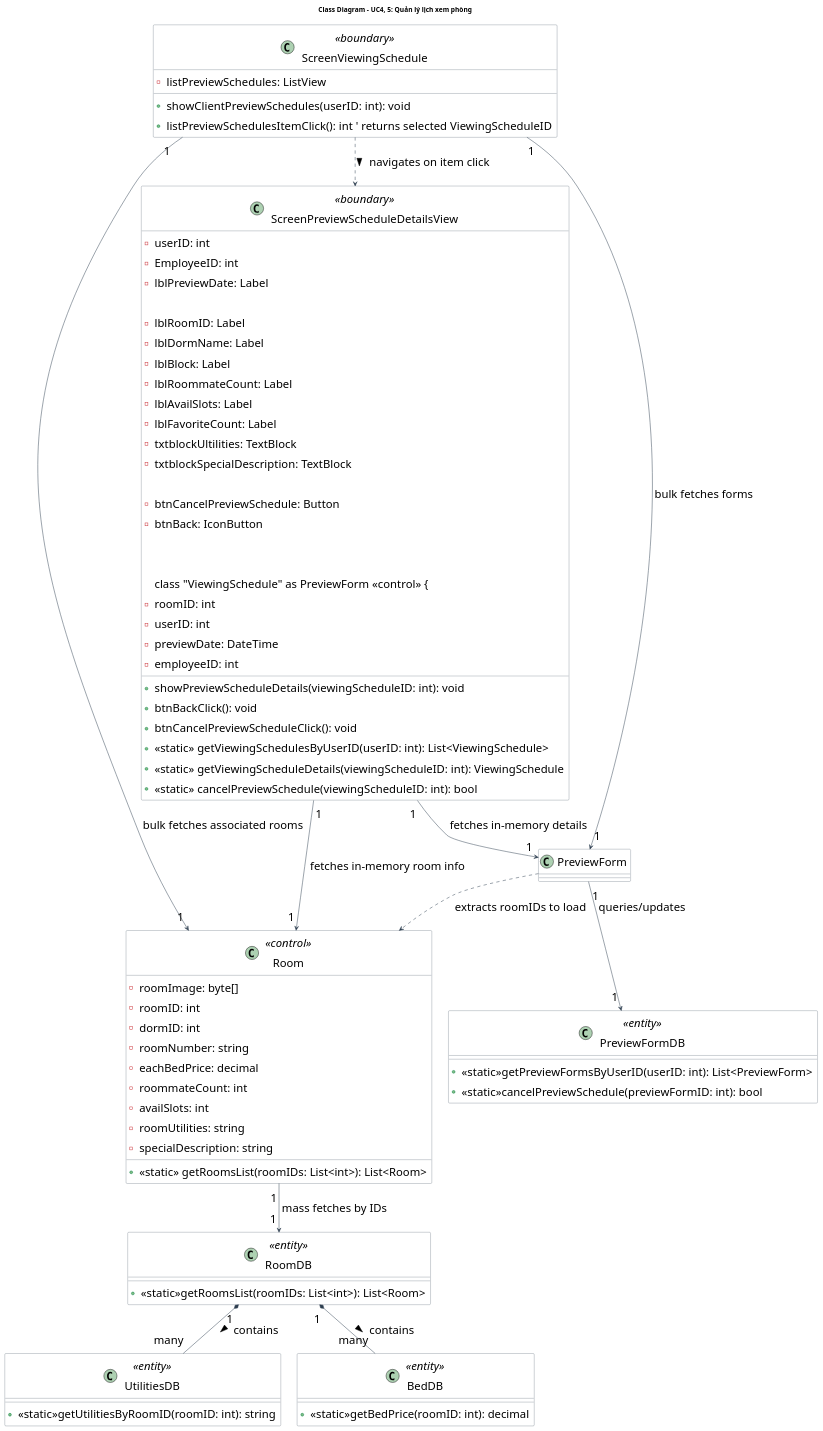
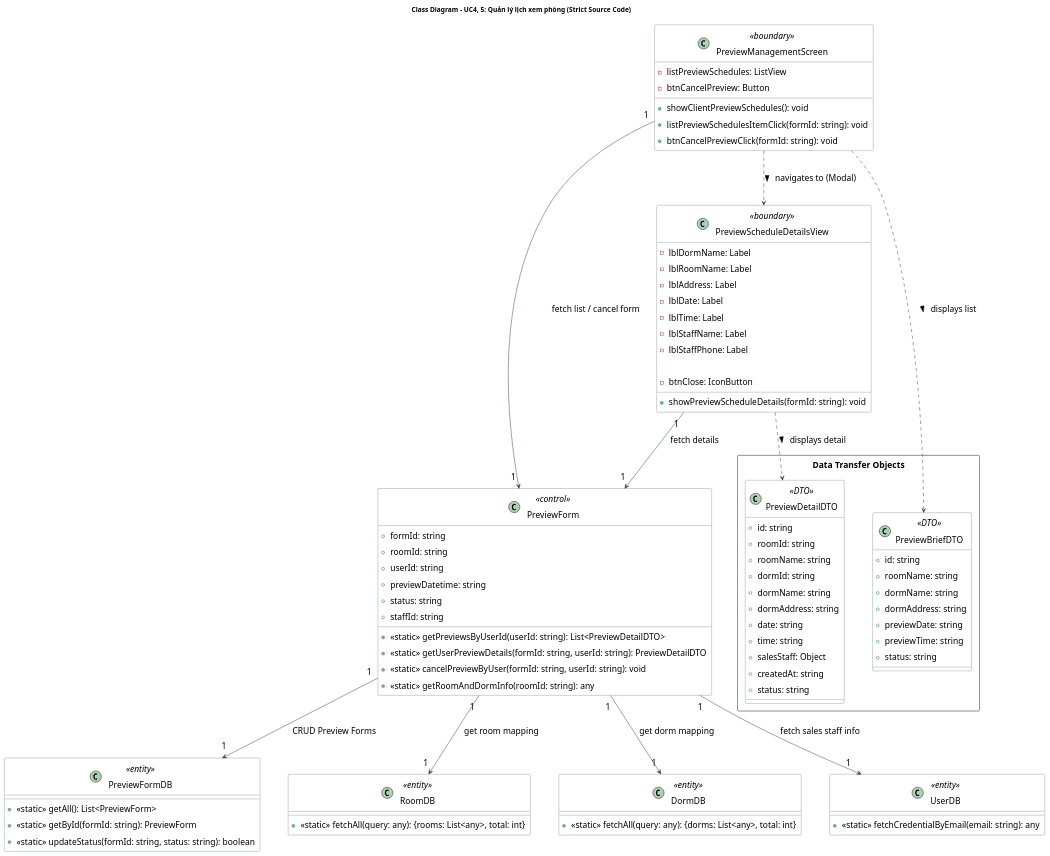
Before and after one commit to Gnourt812005/HCMUS-Analyze-and-desgin-IS: the diagram in doc/system/quan_ly_lich_xem_phong/QuanLyLichXemPhong_ClassDiagram.wsd, drawn with PlantUML. The commit also changed 7 other files, not shown here.

Commit message:
duong/sys-uc: update diagrams

```diff
--- a/doc/system/quan_ly_lich_xem_phong/QuanLyLichXemPhong_ClassDiagram.wsd
+++ b/doc/system/quan_ly_lich_xem_phong/QuanLyLichXemPhong_ClassDiagram.wsd
@@ -1,108 +1,130 @@
-@startuml QuanLyLichXemPhong_ClassDiagram
-title Class Diagram - UC4, 5: Quản lý lịch xem phòng
+@startuml QuanLyLichXemPhong_ClassDiagram_Exact
+title Class Diagram - UC4, 5: Quản lý lịch xem phòng (Strict Source Code)
 
 ' --- STYLE CONFIGURATION ---
 skinparam {
     ClassBackgroundColor White
     ClassBorderColor #2D3E50
     ArrowColor #2D3E50
     DefaultFontName "Arial"
-    DefaultFontSize 24
+    DefaultFontSize 18
     Padding 5
+    Nodesep 60
+    Ranksep 80
 }
 
-' --- BOUNDARY LAYER ---
-class "ScreenViewingSchedule" as PreviewManagementScreen <<boundary>> {
-    - listPreviewSchedules: ListView
+' ==========================================
+' 1. SHARED LAYER (DTOs)
+' ==========================================
+package "Data Transfer Objects" <<Rectangle>> {
+    class "PreviewBriefDTO" as PreviewBriefDTO <<DTO>> {
+        + id: string
+        + roomName: string
+        + dormName: string
+        + dormAddress: string
+        + previewDate: string
+        + previewTime: string
+        + status: string
+    }
 
-    + showClientPreviewSchedules(userID: int): void
-    + listPreviewSchedulesItemClick(): int ' returns selected ViewingScheduleID
+    class "PreviewDetailDTO" as PreviewDetailDTO <<DTO>> {
+        + id: string
+        + roomId: string
+        + roomName: string
+        + dormId: string
+        + dormName: string
+        + dormAddress: string
+        + date: string
+        + time: string
+        + salesStaff: Object
+        + createdAt: string
+        + status: string
+    }
 }
 
-class "ScreenPreviewScheduleDetailsView" as PreviewScheduleDetailsView <<boundary>> {
-    - userID: int
-    - EmployeeID: int
-    - lblPreviewDate: Label
+' ==========================================
+' 2. BOUNDARY LAYER (FRONTEND VIEWS)
+' ==========================================
+class "PreviewManagementScreen" as PreviewManagementScreen <<boundary>> {
+    - listPreviewSchedules: ListView
+    - btnCancelPreview: Button
 
-    - lblRoomID: Label
-    - lblDormName: Label
-    - lblBlock: Label
-    - lblRoommateCount: Label
-    - lblAvailSlots: Label
-    - lblFavoriteCount: Label
-    - txtblockUltilities: TextBlock
-    - txtblockSpecialDescription: TextBlock
-
-    - btnCancelPreviewSchedule: Button
-    - btnBack: IconButton
-
-    + showPreviewScheduleDetails(viewingScheduleID: int): void
-    + btnBackClick(): void
-    + btnCancelPreviewScheduleClick(): void
-
-' --- BUSINESS LAYER ---
-class "ViewingSchedule" as PreviewForm <<control>> {
-    - roomID: int
-    - userID: int
-    - previewDate: DateTime
-    - employeeID: int
-
-    + <<static>> getViewingSchedulesByUserID(userID: int): List<ViewingSchedule>
-    + <<static>> getViewingScheduleDetails(viewingScheduleID: int): ViewingSchedule
-    + <<static>> cancelPreviewSchedule(viewingScheduleID: int): bool
+    + showClientPreviewSchedules(): void
+    + listPreviewSchedulesItemClick(formId: string): void
+    + btnCancelPreviewClick(formId: string): void
 }
 
-class "Room" as Room <<control>> {
-    - roomImage: byte[]
-    - roomID: int
-    - dormID: int
-    - roomNumber: string
-    - eachBedPrice: decimal
-    - roommateCount: int
-    - availSlots: int
-    - roomUtilities: string
-    - specialDescription: string
+class "PreviewScheduleDetailsView" as PreviewScheduleDetailsView <<boundary>> {
+    - lblDormName: Label
+    - lblRoomName: Label
+    - lblAddress: Label
+    - lblDate: Label
+    - lblTime: Label
+    - lblStaffName: Label
+    - lblStaffPhone: Label
 
-    + <<static>> getRoomsList(roomIDs: List<int>): List<Room>
+    - btnClose: IconButton
+
+    + showPreviewScheduleDetails(formId: string): void
 }
 
-' --- DATABASE LAYER ---
-class "PreviewFormDB" as PreviewDB <<entity>> {
-    + <<static>>getPreviewFormsByUserID(userID: int): List<PreviewForm>
-    + <<static>>cancelPreviewSchedule(previewFormID: int): bool
+' ==========================================
+' 3. CONTROL LAYER (BUSINESS LOGIC)
+' ==========================================
+class "PreviewForm" as PreviewForm <<control>> {
+    + formId: string
+    + roomId: string
+    + userId: string
+    + previewDatetime: string
+    + status: string
+    + staffId: string
+
+    + <<static>> getPreviewsByUserId(userId: string): List<PreviewDetailDTO>
+    + <<static>> getUserPreviewDetails(formId: string, userId: string): PreviewDetailDTO
+    + <<static>> cancelPreviewByUser(formId: string, userId: string): void
+    + <<static>> getRoomAndDormInfo(roomId: string): any
+}
+
+' ==========================================
+' 4. ENTITY LAYER (DATABASE)
+' ==========================================
+class "PreviewFormDB" as PreviewFormDB <<entity>> {
+    + <<static>> getAll(): List<PreviewForm>
+    + <<static>> getById(formId: string): PreviewForm
+    + <<static>> updateStatus(formId: string, status: string): boolean
 }
 
 class "RoomDB" as RoomDB <<entity>> {
-    + <<static>>getRoomsList(roomIDs: List<int>): List<Room>
+    + <<static>> fetchAll(query: any): {rooms: List<any>, total: int}
 }
 
-class "UtilitiesDB" as UtilitiesDB <<entity>> {
-    + <<static>>getUtilitiesByRoomID(roomID: int): string
+class "DormDB" as DormDB <<entity>> {
+    + <<static>> fetchAll(query: any): {dorms: List<any>, total: int}
 }
 
-class "BedDB" as BedDB <<entity>> {
-    + <<static>>getBedPrice(roomID: int): decimal
+class "UserDB" as UserDB <<entity>> {
+    + <<static>> fetchCredentialByEmail(email: string): any
 }
 
-' --- RELATIONSHIPS ---
-' 1. Screen flows (Navigation)
-PreviewManagementScreen ..> PreviewScheduleDetailsView : "navigates on item click >"
+' ==========================================
+' RELATIONSHIPS
+' ==========================================
 
-' 2. Boundary to Business connections
-PreviewManagementScreen "1" --> "1" PreviewForm : "bulk fetches forms"
-PreviewManagementScreen "1" --> "1" Room : "bulk fetches associated rooms"
+' Luồng điều hướng UI (Click vào item mở Popup)
+PreviewManagementScreen ..> PreviewScheduleDetailsView : "navigates to (Modal) >"
 
-PreviewScheduleDetailsView "1" --> "1" PreviewForm : "fetches in-memory details"
-PreviewScheduleDetailsView "1" --> "1" Room : "fetches in-memory room info"
-' 3. Business Dependencies
-PreviewForm ..> Room : "extracts roomIDs to load"
+' UI sử dụng DTO để hiển thị
+PreviewManagementScreen ..> PreviewBriefDTO : "displays list >"
+PreviewScheduleDetailsView ..> PreviewDetailDTO : "displays detail >"
 
-' 4. Business to Database connections
-PreviewForm "1" --> "1" PreviewDB : "queries/updates"
-Room "1" --> "1" RoomDB : "mass fetches by IDs"
+' UI gọi API (Boundary -> Control)
+PreviewManagementScreen "1" --> "1" PreviewForm : "fetch list / cancel form"
+PreviewScheduleDetailsView "1" --> "1" PreviewForm : "fetch details"
 
-' 5. Entity / Database connections
-RoomDB "1" *-- "many" UtilitiesDB : "contains >"
-RoomDB "1" *-- "many" BedDB : "contains >"
+' Business gọi DB (Control -> Entity) (Phản ánh chính xác theo PreviewForm.ts)
+PreviewForm "1" --> "1" PreviewFormDB : "CRUD Preview Forms"
+PreviewForm "1" --> "1" RoomDB : "get room mapping"
+PreviewForm "1" --> "1" DormDB : "get dorm mapping"
+PreviewForm "1" --> "1" UserDB : "fetch sales staff info"
 
 @enduml
```
